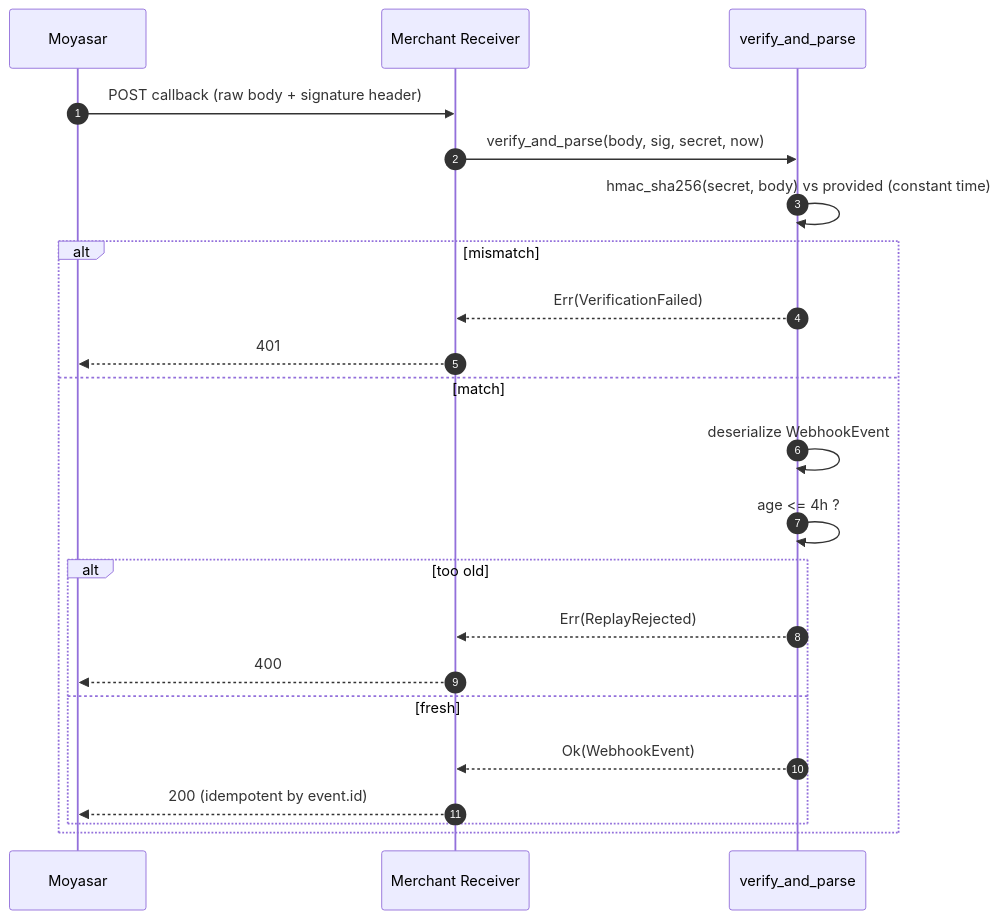
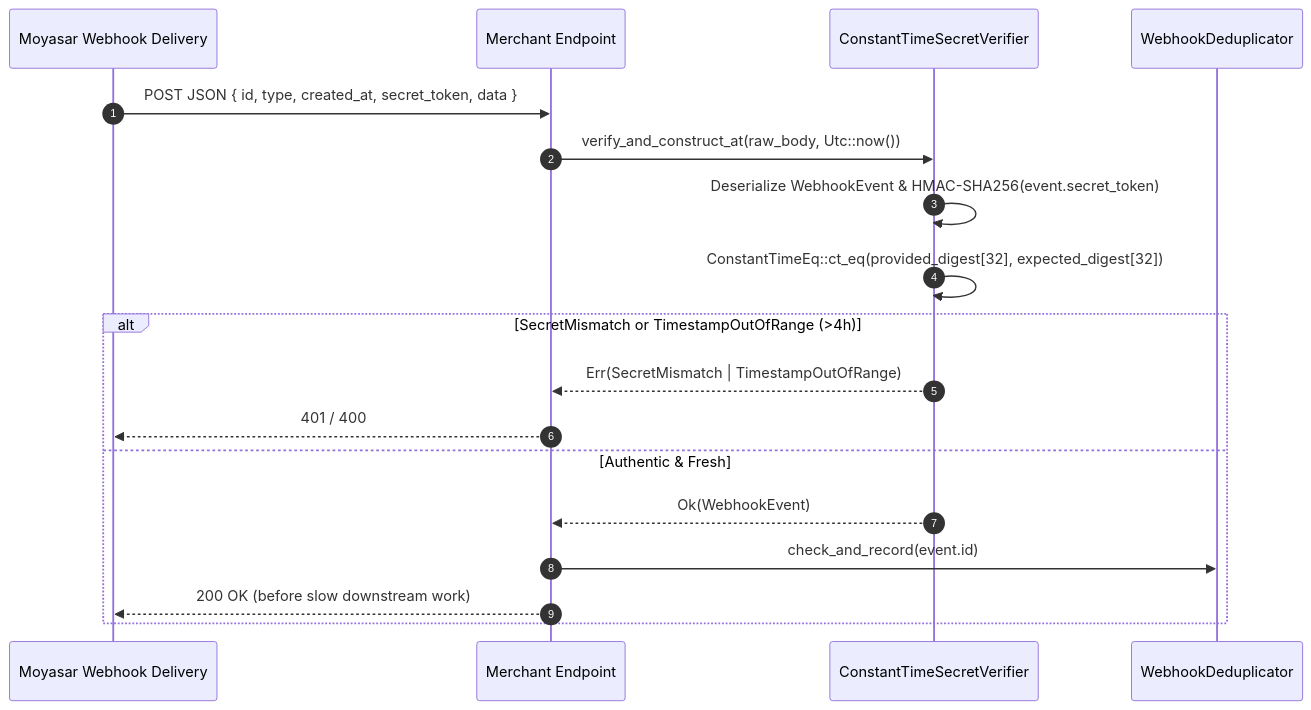
One commit to some-of-cs/some-moyasar changed the diagram in docs/user-stories/module-7-sources-webhooks/US-7.3.0-webhook-engine.md. Above: the diagram before and after it, drawn with Mermaid. The commit also changed other lines of this file and 25 other files, not shown here.

First line of the commit message:
docs(specs): remediate decomposition roadmap and all 23 user stories for divide-and-conquer readiness

````diff
--- a/docs/user-stories/module-7-sources-webhooks/US-7.3.0-webhook-engine.md
+++ b/docs/user-stories/module-7-sources-webhooks/US-7.3.0-webhook-engine.md
@@ -208,25 +227,21 @@
 ```mermaid
 sequenceDiagram
     autonumber
-    participant MW as Moyasar
-    participant RC as Merchant Receiver
-    participant VE as verify_and_parse
+    participant MW as Moyasar Webhook Delivery
+    participant RC as Merchant Endpoint
+    participant VE as ConstantTimeSecretVerifier
+    participant DD as WebhookDeduplicator
 
-    MW->>RC: POST callback (raw body + signature header)
-    RC->>VE: verify_and_parse(body, sig, secret, now)
-    VE->>VE: hmac_sha256(secret, body) vs provided (constant time)
-    alt mismatch
-        VE-->>RC: Err(VerificationFailed)
-        RC-->>MW: 401
-    else match
-        VE->>VE: deserialize WebhookEvent
-        VE->>VE: age <= 4h ?
-        alt too old
-            VE-->>RC: Err(ReplayRejected)
-            RC-->>MW: 400
-        else fresh
-            VE-->>RC: Ok(WebhookEvent)
-            RC-->>MW: 200 (idempotent by event.id)
-        end
+    MW->>RC: POST JSON { id, type, created_at, secret_token, data }
+    RC->>VE: verify_and_construct_at(raw_body, Utc::now())
+    VE->>VE: Deserialize WebhookEvent & HMAC-SHA256(event.secret_token)
+    VE->>VE: ConstantTimeEq::ct_eq(provided_digest[32], expected_digest[32])
+    alt SecretMismatch or TimestampOutOfRange (>4h)
+        VE-->>RC: Err(SecretMismatch | TimestampOutOfRange)
+        RC-->>MW: 401 / 400
+    else Authentic & Fresh
+        VE-->>RC: Ok(WebhookEvent)
+        RC->>DD: check_and_record(event.id)
+        RC-->>MW: 200 OK (before slow downstream work)
     end
 ```
````
